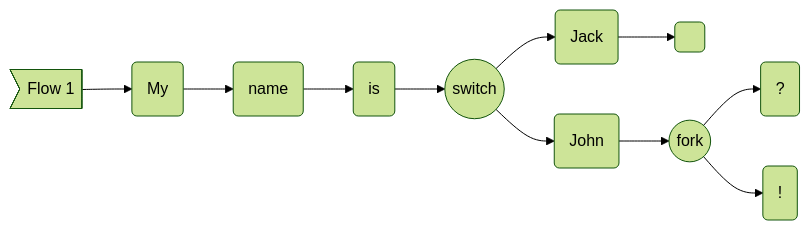
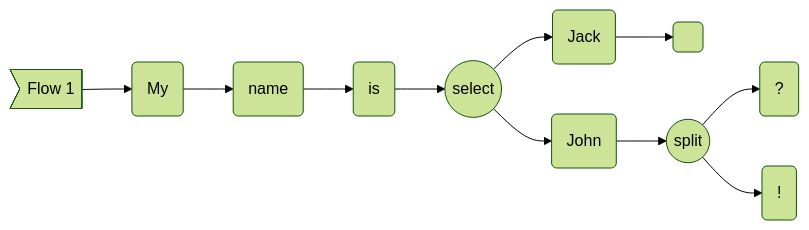
Before and after one commit to ThomasAUB/uflow: the second of 3 diagrams in README.md, drawn with Mermaid (forest theme). The commit also changed other lines of this file, not shown here.

````diff
--- a/README.md
+++ b/README.md
@@ -136,9 +147,9 @@
 ```mermaid
 flowchart LR
-ADKPPKOPPPPHAAAA>Flow 1] --> AFKPPKOPPPPHAAAA(My ) --> AHKPPKOPPPPHAAAA(name ) --> AJKPPKOPPPPHAAAA(is ) --> AJLPPKOPPPPHAAAA((switch))
+ADKPPKOPPPPHAAAA>Flow 1] --> AFKPPKOPPPPHAAAA(My ) --> AHKPPKOPPPPHAAAA(name ) --> AJKPPKOPPPPHAAAA(is ) --> AJLPPKOPPPPHAAAA((select))
 AJLPPKOPPPPHAAAA --> APKPPKOPPPPHAAAA(Jack) --> ABLPPKOPPPPHAAAA(
 )
-AJLPPKOPPPPHAAAA --> ALKPPKOPPPPHAAAA(John) --> AHLPPKOPPPPHAAAA((fork))
+AJLPPKOPPPPHAAAA --> ALKPPKOPPPPHAAAA(John) --> AHLPPKOPPPPHAAAA((split))
 AHLPPKOPPPPHAAAA --> ADLPPKOPPPPHAAAA(?)
 AHLPPKOPPPPHAAAA --> AFLPPKOPPPPHAAAA(!)
 ```
````
